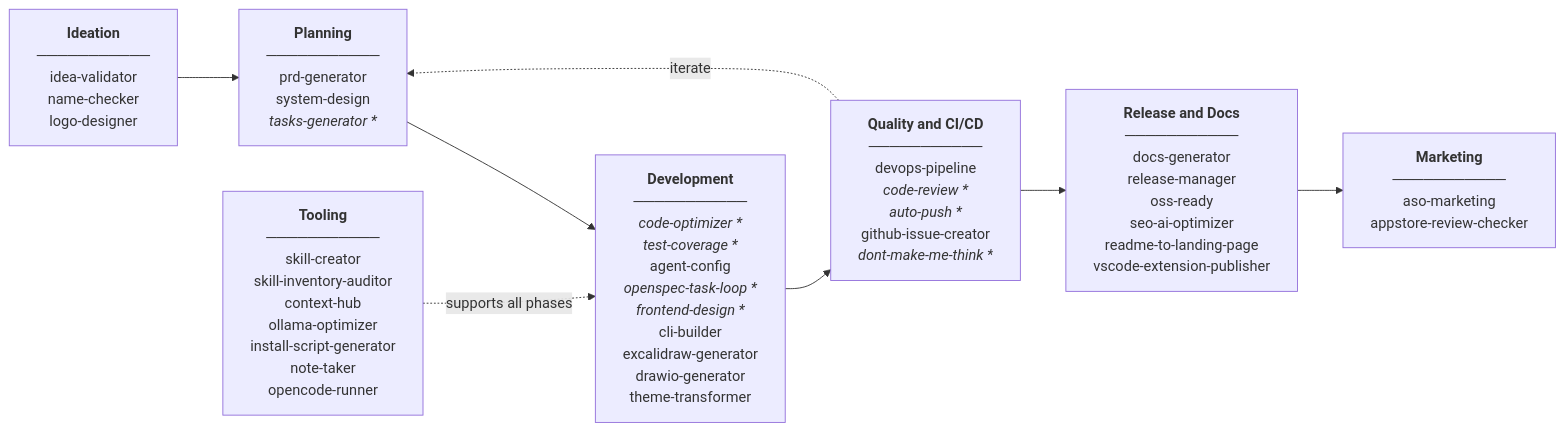
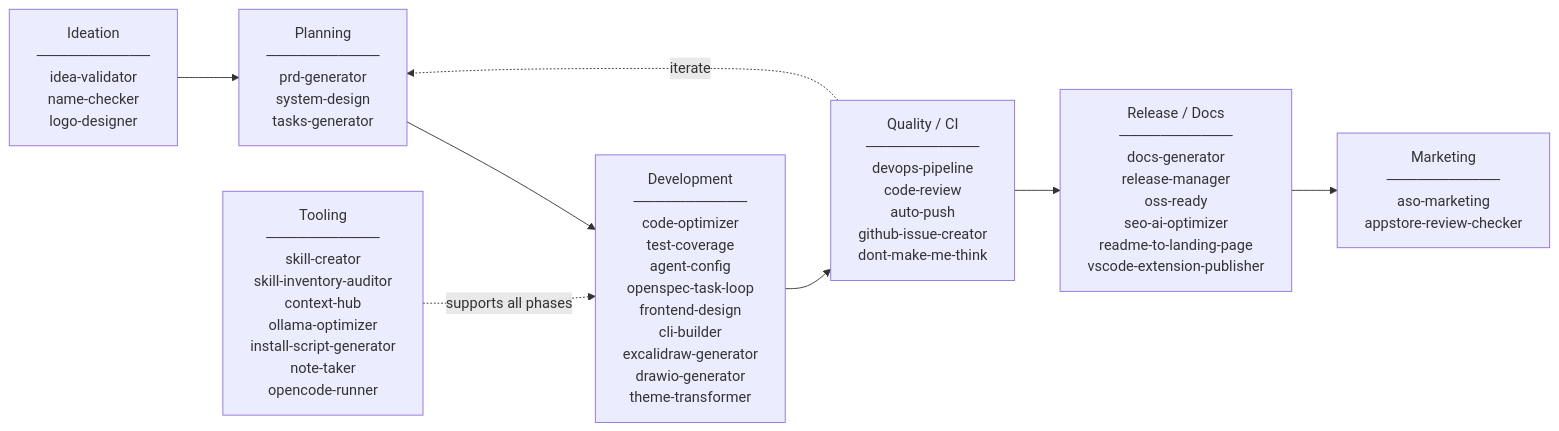
One commit to luongnv89/skills changed the second of 2 diagrams in README.md. Above: the diagram before and after it, drawn with Mermaid. The commit also changed other lines of this file and 1 other file, not shown here.

First line of the commit message:
docs(readme): rewrite as PAS landing page with copy-paste friendly blocks

````diff
--- a/README.md
+++ b/README.md
@@ -53,18 +44,14 @@
 ```mermaid
 flowchart LR
-    IDEATION["<b>Ideation</b><br/>───────────<br/>idea-validator<br/>name-checker<br/>logo-designer"]
-    PLANNING["<b>Planning</b><br/>───────────<br/>prd-generator<br/>system-design<br/><i>tasks-generator *</i>"]
-    DEVELOPMENT["<b>Development</b><br/>───────────<br/><i>code-optimizer *</i><br/><i>test-coverage *</i><br/>agent-config<br/><i>openspec-task-loop *</i><br/><i>frontend-design *</i><br/>cli-builder<br/>excalidraw-generator<br/>drawio-generator<br/>theme-transformer"]
-    QUALITY["<b>Quality and CI/CD</b><br/>───────────<br/>devops-pipeline<br/><i>code-review *</i><br/><i>auto-push *</i><br/>github-issue-creator<br/><i>dont-make-me-think *</i>"]
-    RELEASE["<b>Release and Docs</b><br/>───────────<br/>docs-generator<br/>release-manager<br/>oss-ready<br/>seo-ai-optimizer<br/>readme-to-landing-page<br/>vscode-extension-publisher"]
-    MARKETING["<b>Marketing</b><br/>───────────<br/>aso-marketing<br/>appstore-review-checker"]
-    TOOLING["<b>Tooling</b><br/>───────────<br/>skill-creator<br/>skill-inventory-auditor<br/>context-hub<br/>ollama-optimizer<br/>install-script-generator<br/>note-taker<br/>opencode-runner"]
+    IDEATION["Ideation<br/>───────────<br/>idea-validator<br/>name-checker<br/>logo-designer"]
+    PLANNING["Planning<br/>───────────<br/>prd-generator<br/>system-design<br/>tasks-generator"]
+    DEV["Development<br/>───────────<br/>code-optimizer<br/>test-coverage<br/>agent-config<br/>openspec-task-loop<br/>frontend-design<br/>cli-builder<br/>excalidraw-generator<br/>drawio-generator<br/>theme-transformer"]
+    QUALITY["Quality / CI<br/>───────────<br/>devops-pipeline<br/>code-review<br/>auto-push<br/>github-issue-creator<br/>dont-make-me-think"]
+    RELEASE["Release / Docs<br/>───────────<br/>docs-generator<br/>release-manager<br/>oss-ready<br/>seo-ai-optimizer<br/>readme-to-landing-page<br/>vscode-extension-publisher"]
+    MARKETING["Marketing<br/>───────────<br/>aso-marketing<br/>appstore-review-checker"]
+    TOOLING["Tooling<br/>───────────<br/>skill-creator<br/>skill-inventory-auditor<br/>context-hub<br/>ollama-optimizer<br/>install-script-generator<br/>note-taker<br/>opencode-runner"]
 
-    IDEATION --> PLANNING
-    PLANNING --> DEVELOPMENT
-    DEVELOPMENT --> QUALITY
-    QUALITY --> RELEASE
-    RELEASE --> MARKETING
+    IDEATION --> PLANNING --> DEV --> QUALITY --> RELEASE --> MARKETING
     QUALITY -.->|iterate| PLANNING
-    TOOLING -.->|supports all phases| DEVELOPMENT
+    TOOLING -.->|supports all phases| DEV
 ```
````
